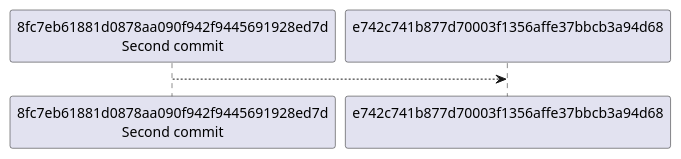
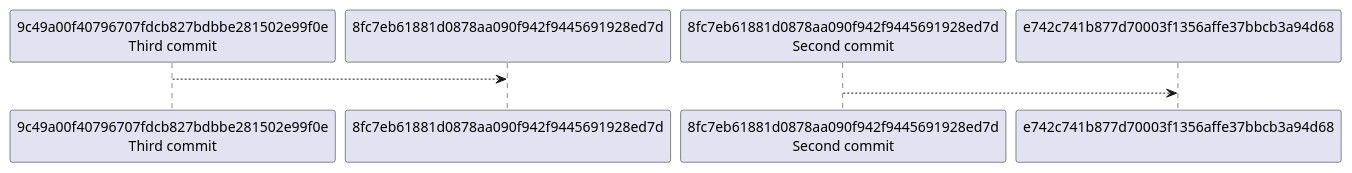
Before and after one commit to rashid-yusubov/configuration-management: the diagram in homework2/config/output.puml, drawn with PlantUML. The commit also changed 1 other file, not shown here.

```diff
--- a/homework2/config/output.puml
+++ b/homework2/config/output.puml
@@ -1,3 +1,4 @@
 @startuml
+"9c49a00f40796707fdcb827bdbbe281502e99f0e\nThird commit" --> "8fc7eb61881d0878aa090f942f9445691928ed7d\n"
 "8fc7eb61881d0878aa090f942f9445691928ed7d\nSecond commit" --> "e742c741b877d70003f1356affe37bbcb3a94d68\n"
 @enduml
```
